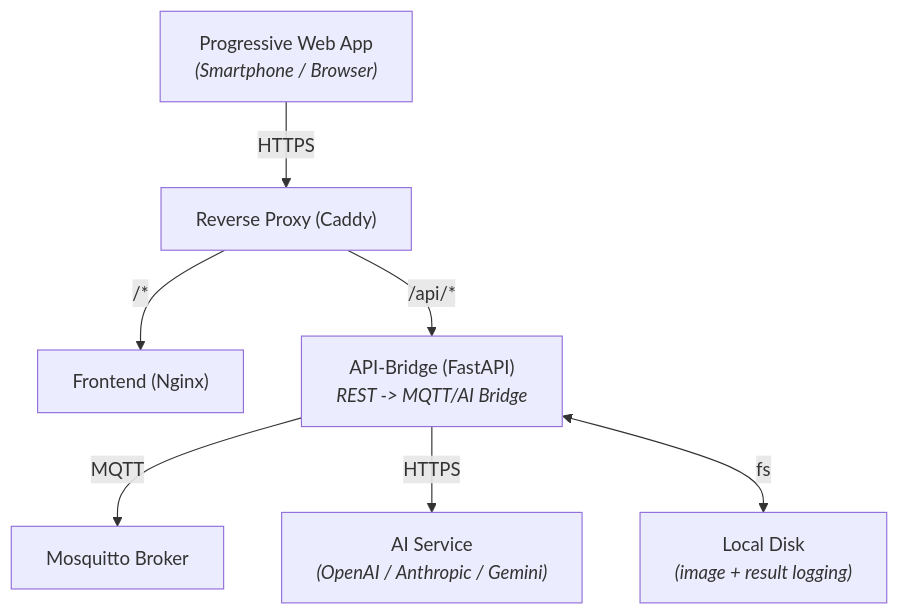
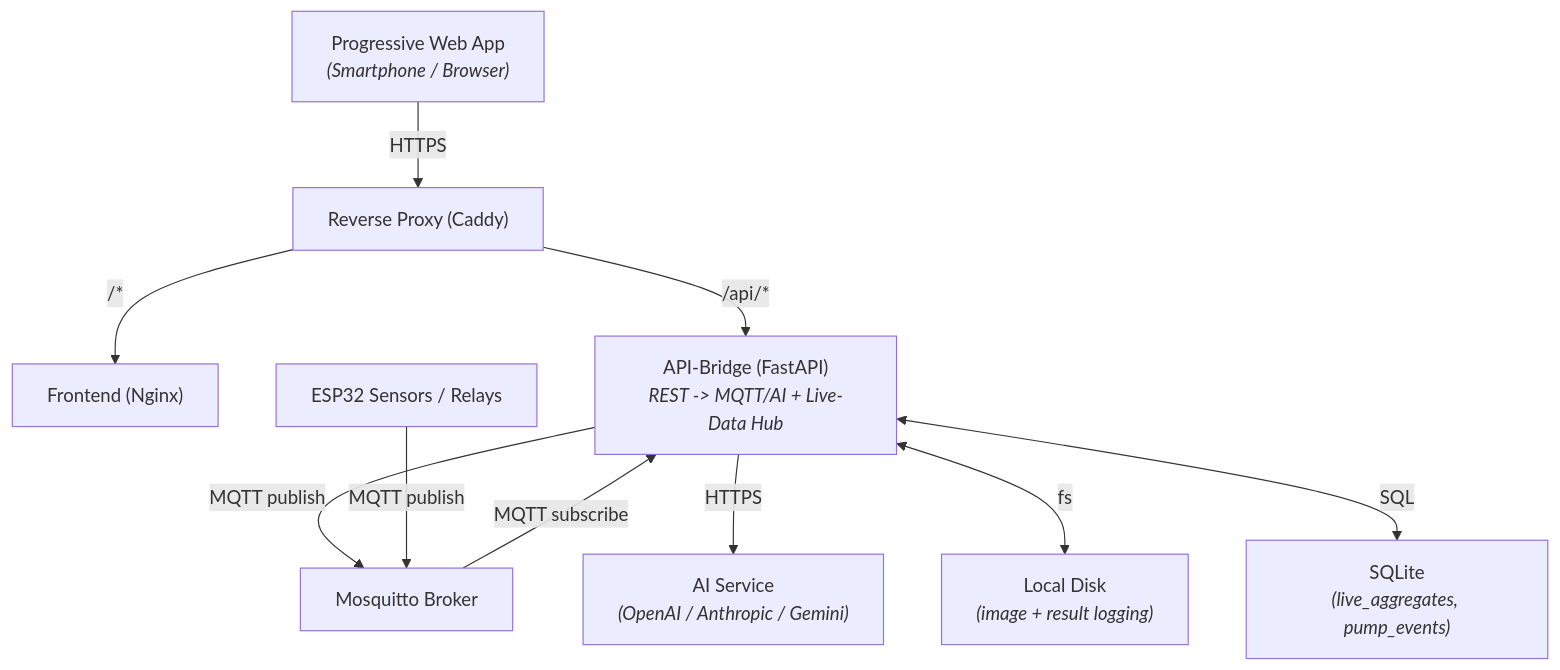
One commit to the-real-orca/Pool-Monitoring-WebApp changed the first of 5 diagrams in docs/Pool-Monitoring - Functional Specification (FSD).md. Above: the diagram before and after it, drawn with Mermaid. The commit also changed other lines of this file and 2 other files, not shown here.

Commit message:
docs: add live data feature spec (Phase 20) [OpenCode / minimax-m3-free]

````diff
--- a/docs/Pool-Monitoring - Functional Specification (FSD).md
+++ b/docs/Pool-Monitoring - Functional Specification (FSD).md
@@ -36,18 +37,22 @@
 ```mermaid
 graph TB
     PWA["Progressive Web App<br/><i>(Smartphone / Browser)</i>"]
     Caddy["Reverse Proxy (Caddy)"]
     Frontend["Frontend (Nginx)"]
-    API["API-Bridge (FastAPI)<br/><i>REST -> MQTT/AI Bridge</i>"]
+    API["API-Bridge (FastAPI)<br/><i>REST -> MQTT/AI + Live-Data Hub</i>"]
     MQTT["Mosquitto Broker"]
     AI["AI Service<br/><i>(OpenAI / Anthropic / Gemini)</i>"]
     Disk["Local Disk<br/><i>(image + result logging)</i>"]
+    DB["SQLite<br/><i>(live_aggregates, pump_events)</i>"]
+    Sensors["ESP32 Sensors / Relays"]
 
     PWA -->|HTTPS| Caddy
     Caddy -->|/api/*| API
     Caddy -->|/*| Frontend
-    API -->|MQTT| MQTT
+    API -->|MQTT publish| MQTT
     API -->|HTTPS| AI
     API <-->|fs| Disk
-
+    Sensors -->|MQTT publish| MQTT
+    MQTT -->|MQTT subscribe| API
+    API <-->|SQL| DB
 ```
````
